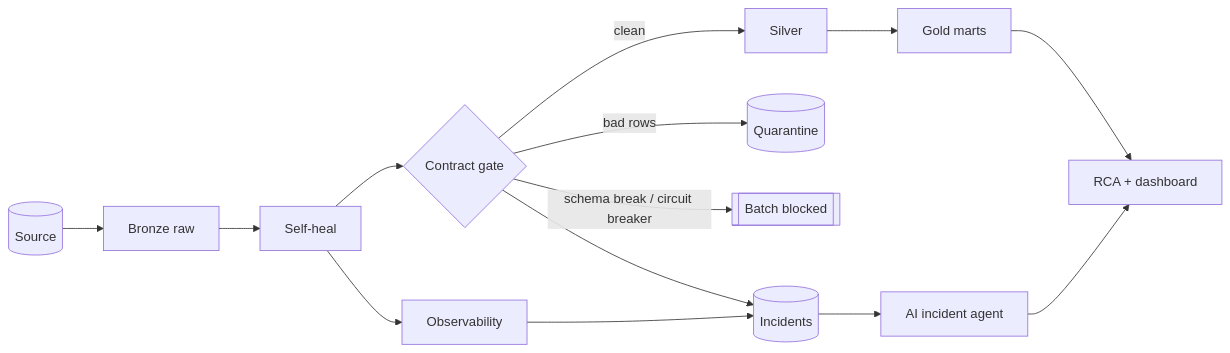
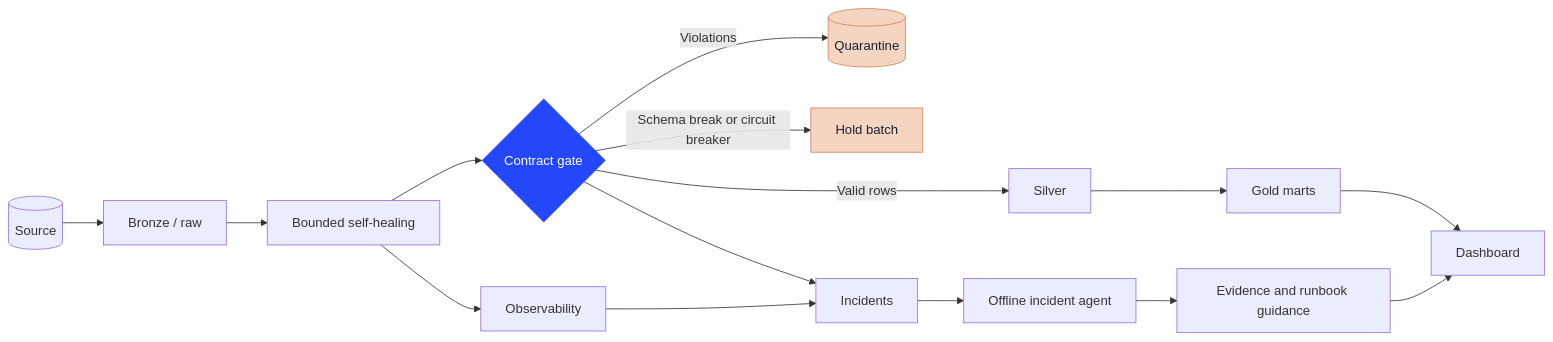
Before and after one commit to AnyalstRushi/lakehouseguard: the diagram in README.md, drawn with Mermaid. The commit also changed other lines of this file and 1 other file, not shown here.

````diff
--- a/README.md
+++ b/README.md
@@ -66,16 +19,20 @@
 ```mermaid
 flowchart LR
-    SRC[(Source)] --> B[Bronze raw]
-    B --> H[Self-heal]
+    SRC[(Source)] --> B[Bronze / raw]
+    B --> H[Bounded self-healing]
     H --> G{Contract gate}
-    G -- clean --> S[Silver]
-    G -- bad rows --> Q[(Quarantine)]
-    G -- schema break / circuit breaker --> X[[Batch blocked]]
+    G -->|Valid rows| S[Silver]
+    G -->|Violations| Q[(Quarantine)]
+    G -->|Schema break or circuit breaker| X[Hold batch]
     S --> GO[Gold marts]
     H --> O[Observability]
-    G --> I[(Incidents)]
+    G --> I[Incidents]
     O --> I
-    I --> A[AI incident agent]
-    A --> R[RCA + dashboard]
-    GO --> R
+    I --> A[Offline incident agent]
+    A --> R[Evidence and runbook guidance]
+    GO --> D[Dashboard]
+    R --> D
+    style G fill:#2447F9,color:#fff,stroke:#2447F9
+    style Q fill:#F5D4C2,color:#172132,stroke:#CF875E
+    style X fill:#F5D4C2,color:#172132,stroke:#CF875E
 ```
````
